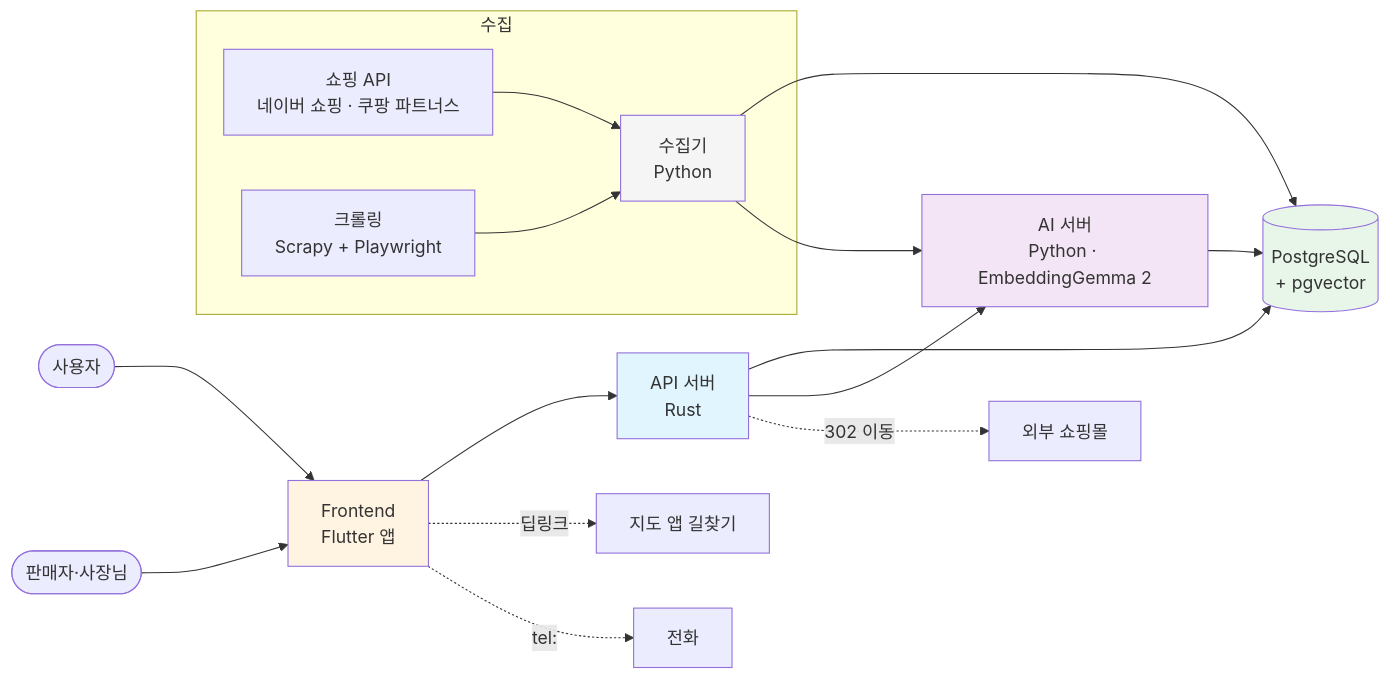
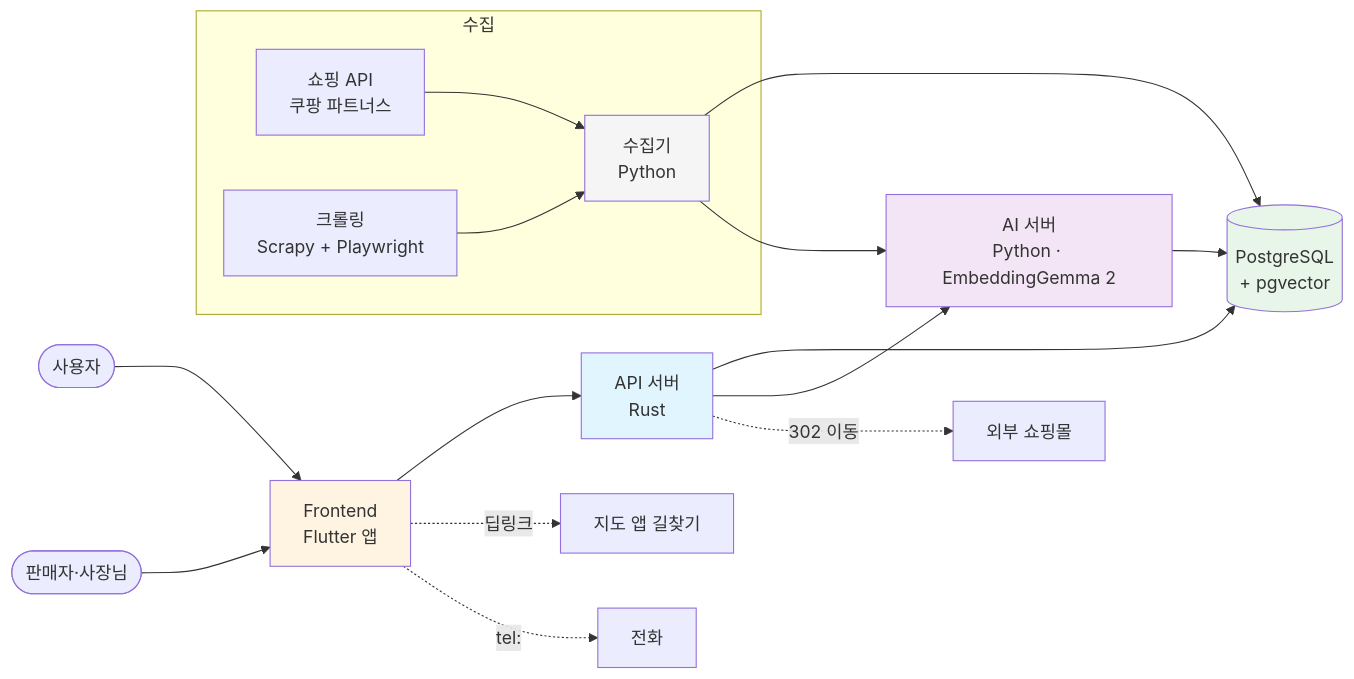
One commit to bloodmoon3929/goodmorning changed the first of 3 diagrams in README.md. Above: the diagram before and after it, drawn with Mermaid. The commit also changed other lines of this file, not shown here.

First line of the commit message:
docs(README) : 맨 위에 개발할 것 추가 (크롤링 · 쇼핑 API · DB · Rust 백엔드 · 3D 에셋 집 꾸미기)

````diff
--- a/README.md
+++ b/README.md
@@ -82,29 +95,29 @@
 ```mermaid
 graph LR
     User([사용자]) --> FE[Frontend<br/>Flutter 앱]
     Owner([판매자·사장님]) --> FE
     FE --> API[API 서버<br/>Rust]
     API --> DB[(PostgreSQL<br/>+ pgvector)]
     API --> AI[AI 서버<br/>Python · EmbeddingGemma 2]
     AI --> DB
 
     subgraph 수집
         COL[수집기<br/>Python]
-        ShopAPI[쇼핑 API<br/>네이버 쇼핑 · 쿠팡 파트너스]
+        ShopAPI[쇼핑 API<br/>쿠팡 파트너스]
         Crawl[크롤링<br/>Scrapy + Playwright]
     end
     ShopAPI --> COL
     Crawl --> COL
     COL --> DB
     COL --> AI
 
     FE -.딥링크.-> Map[지도 앱 길찾기]
     FE -.tel:.-> Phone[전화]
     API -.302 이동.-> Mall[외부 쇼핑몰]
 
     style FE fill:#fff4e1
     style API fill:#e1f5ff
     style AI fill:#f3e5f5
     style DB fill:#e8f5e9
     style COL fill:#f5f5f5
 ```
````
